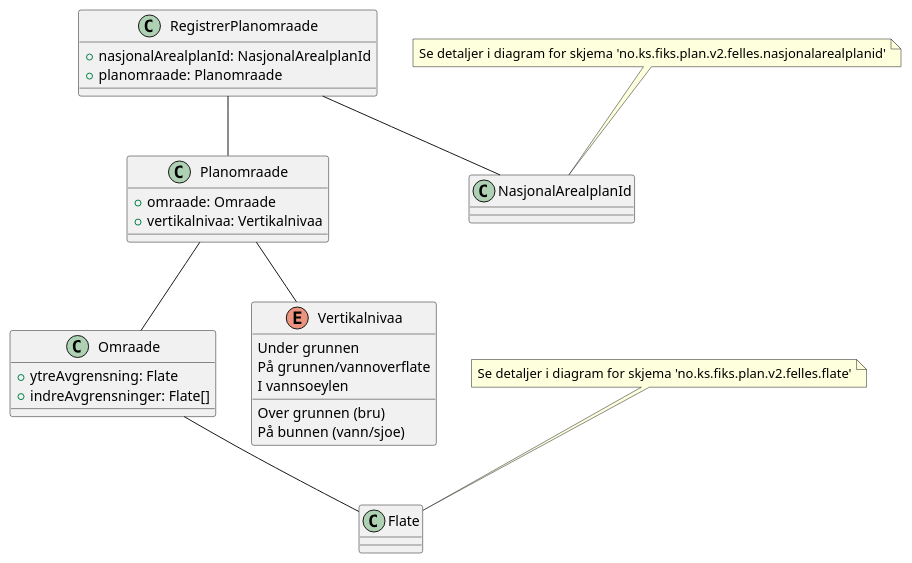
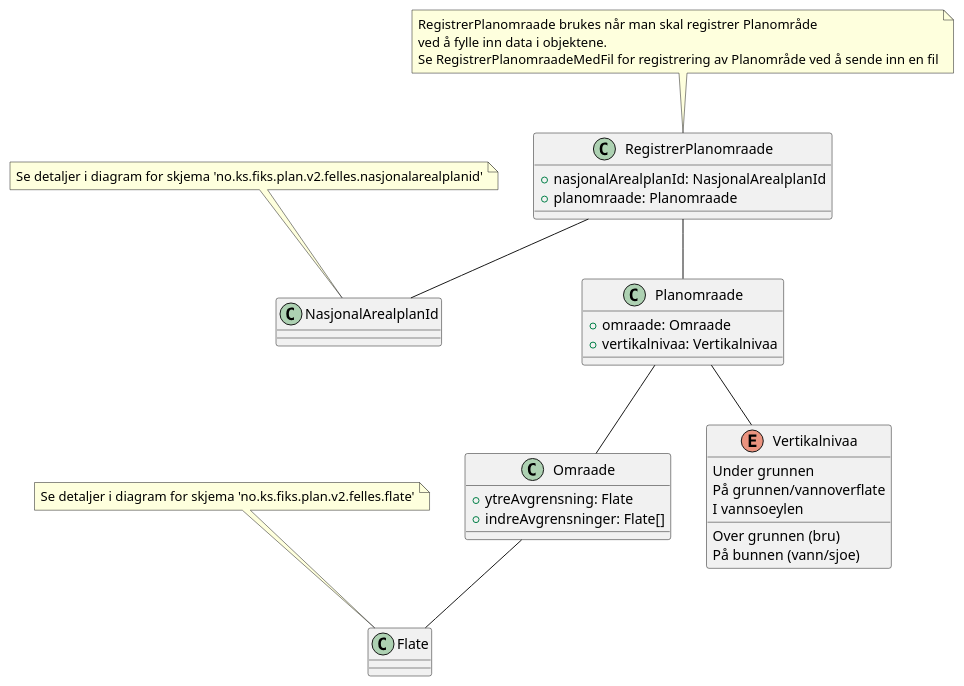
One commit to ks-no/fiks-plan-specification changed the diagram in Dokumentasjon/V2/ClassDiagrams/no.ks.fiks.plan.v2.oppdatering.planomraade.registrer/planomraade-registrer.pu. Above: the diagram before and after it, drawn with PlantUML. The commit also changed 6 other files, not shown here.

Commit message:
Endret navn på skjema til registrer planomraade med fil

```diff
--- a/Dokumentasjon/V2/ClassDiagrams/no.ks.fiks.plan.v2.oppdatering.planomraade.registrer/planomraade-registrer.pu
+++ b/Dokumentasjon/V2/ClassDiagrams/no.ks.fiks.plan.v2.oppdatering.planomraade.registrer/planomraade-registrer.pu
@@ -1,35 +1,41 @@
 @startuml
 
 class RegistrerPlanomraade {
     +nasjonalArealplanId: NasjonalArealplanId
     +planomraade: Planomraade
 }
+
+note top of RegistrerPlanomraade
+    RegistrerPlanomraade brukes når man skal registrer Planområde
+    ved å fylle inn data i objektene.
+    Se RegistrerPlanomraadeMedFil for registrering av Planområde ved å sende inn en fil
+end note
 
 class Planomraade {
     +omraade: Omraade
     +vertikalnivaa: Vertikalnivaa
 }
 
 class Omraade {
     +ytreAvgrensning: Flate
     +indreAvgrensninger: Flate[]
 }
 
 enum Vertikalnivaa {
     Under grunnen
     På grunnen/vannoverflate
     Over grunnen (bru)
     På bunnen (vann/sjoe)
     I vannsoeylen
 }
 
 RegistrerPlanomraade -- Planomraade
 RegistrerPlanomraade -- NasjonalArealplanId
 Planomraade -- Omraade
 Planomraade -- Vertikalnivaa
 Omraade -- Flate
 
 note top of Flate : Se detaljer i diagram for skjema 'no.ks.fiks.plan.v2.felles.flate'
 note top of NasjonalArealplanId : Se detaljer i diagram for skjema 'no.ks.fiks.plan.v2.felles.nasjonalarealplanid'
 
 @enduml
```
